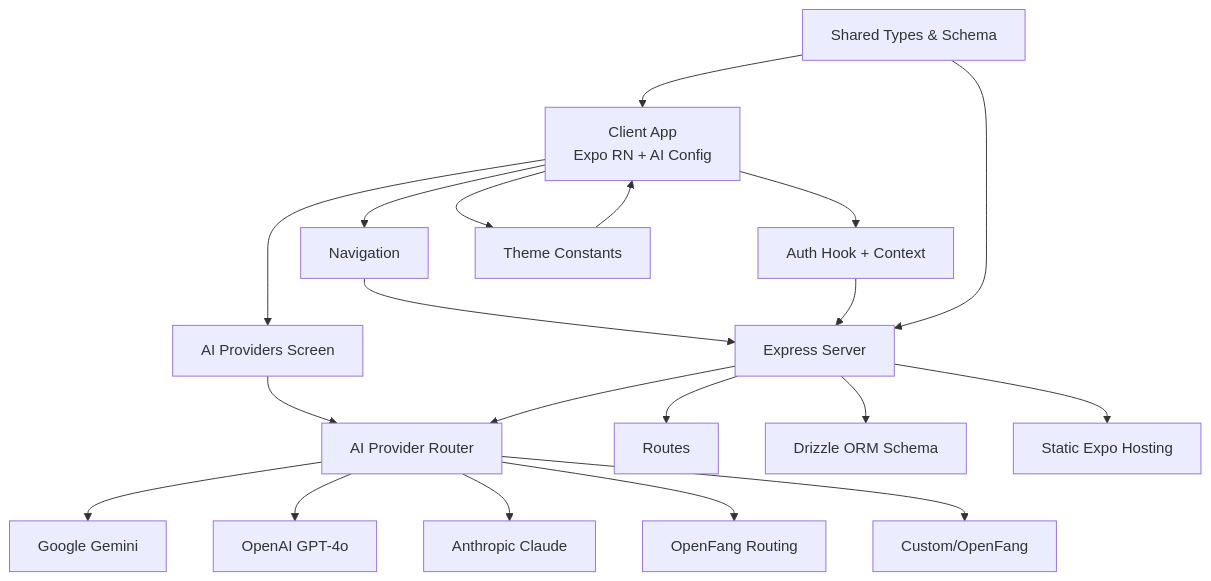
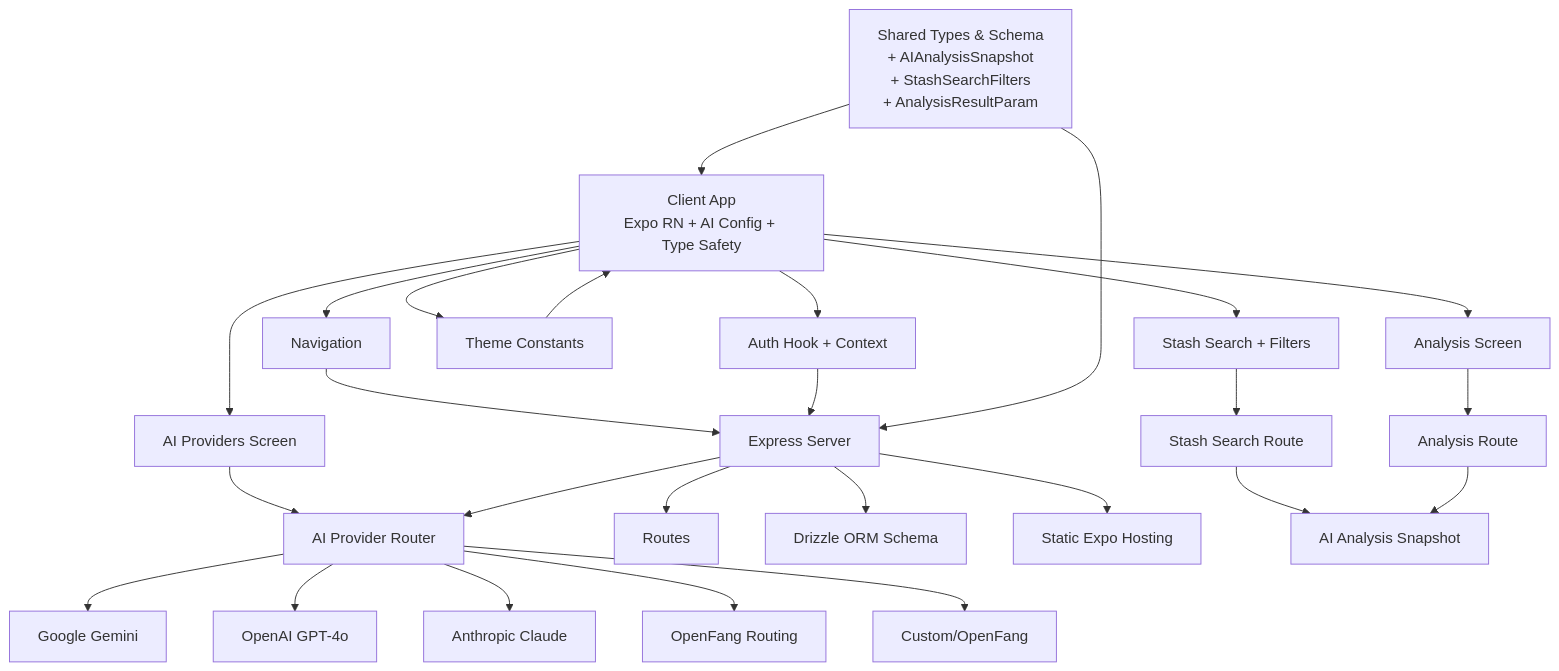
The second of 10 diagrams in .qoder/repowiki/en/content/Frontend Application/Development Workflow.md (hunglevi87/Hidden-Gem), drawn with Mermaid before and after one commit. The commit also changed other lines of this file and 14 other files, not shown here.

````diff
--- a/.qoder/repowiki/en/content/Frontend Application/Development Workflow.md
+++ b/.qoder/repowiki/en/content/Frontend Application/Development Workflow.md
@@ -173,22 +190,28 @@
 ```mermaid
 graph TB
-Client["Client App<br/>Expo RN + AI Config"] --> Nav["Navigation"]
+Client["Client App<br/>Expo RN + AI Config + Type Safety"] --> Nav["Navigation"]
 Client --> Auth["Auth Hook + Context"]
 Client --> Theme["Theme Constants"]
 Client --> AIConfig["AI Providers Screen"]
+Client --> Stash["Stash Search + Filters"]
+Client --> Analysis["Analysis Screen"]
 Nav --> Server["Express Server"]
 Auth --> Server
 Theme --> Client
 AIConfig --> AIRouter["AI Provider Router"]
+Stash --> SearchRoute["Stash Search Route"]
+Analysis --> AnalysisRoute["Analysis Route"]
 Server --> Routes["Routes"]
 Server --> AIRouter
 Server --> DB["Drizzle ORM Schema"]
 Server --> Expo["Static Expo Hosting"]
-Shared["Shared Types & Schema"] --> Client
+Shared["Shared Types & Schema<br/>+ AIAnalysisSnapshot<br/>+ StashSearchFilters<br/>+ AnalysisResultParam"] --> Client
 Shared --> Server
 AIRouter --> Gemini["Google Gemini"]
 AIRouter --> OpenAI["OpenAI GPT-4o"]
 AIRouter --> Anthropic["Anthropic Claude"]
 AIRouter --> OpenFang["OpenFang Routing"]
 AIRouter --> Custom["Custom/OpenFang"]
+SearchRoute --> AI["AI Analysis Snapshot"]
+AnalysisRoute --> AI
 ```
````
